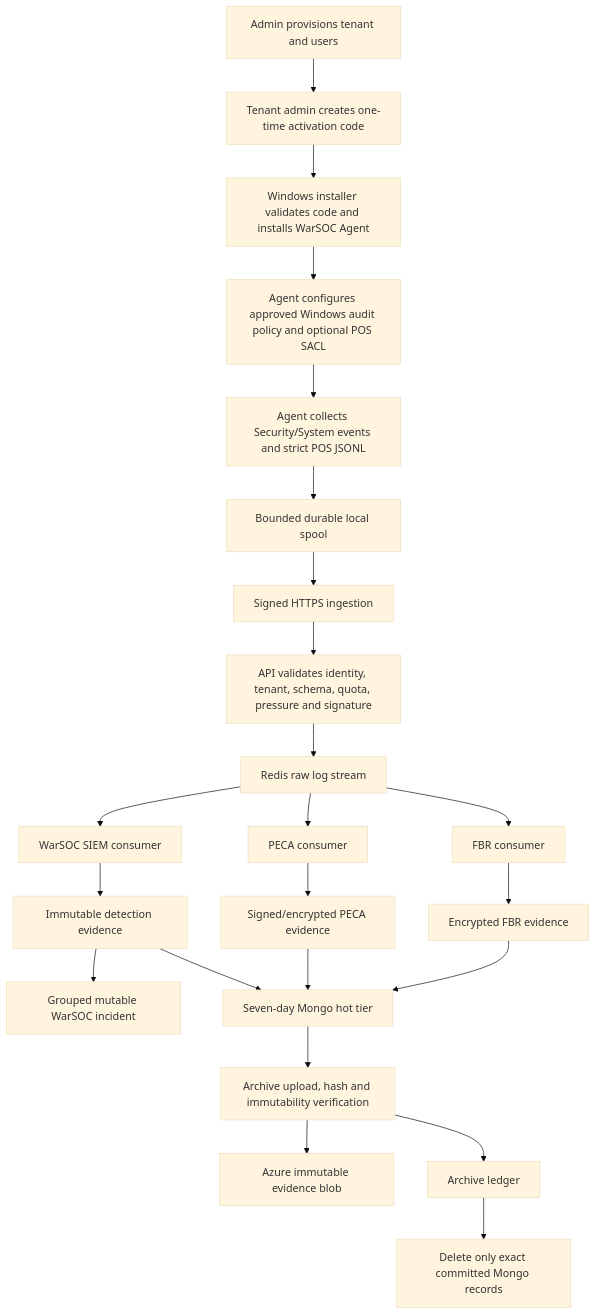
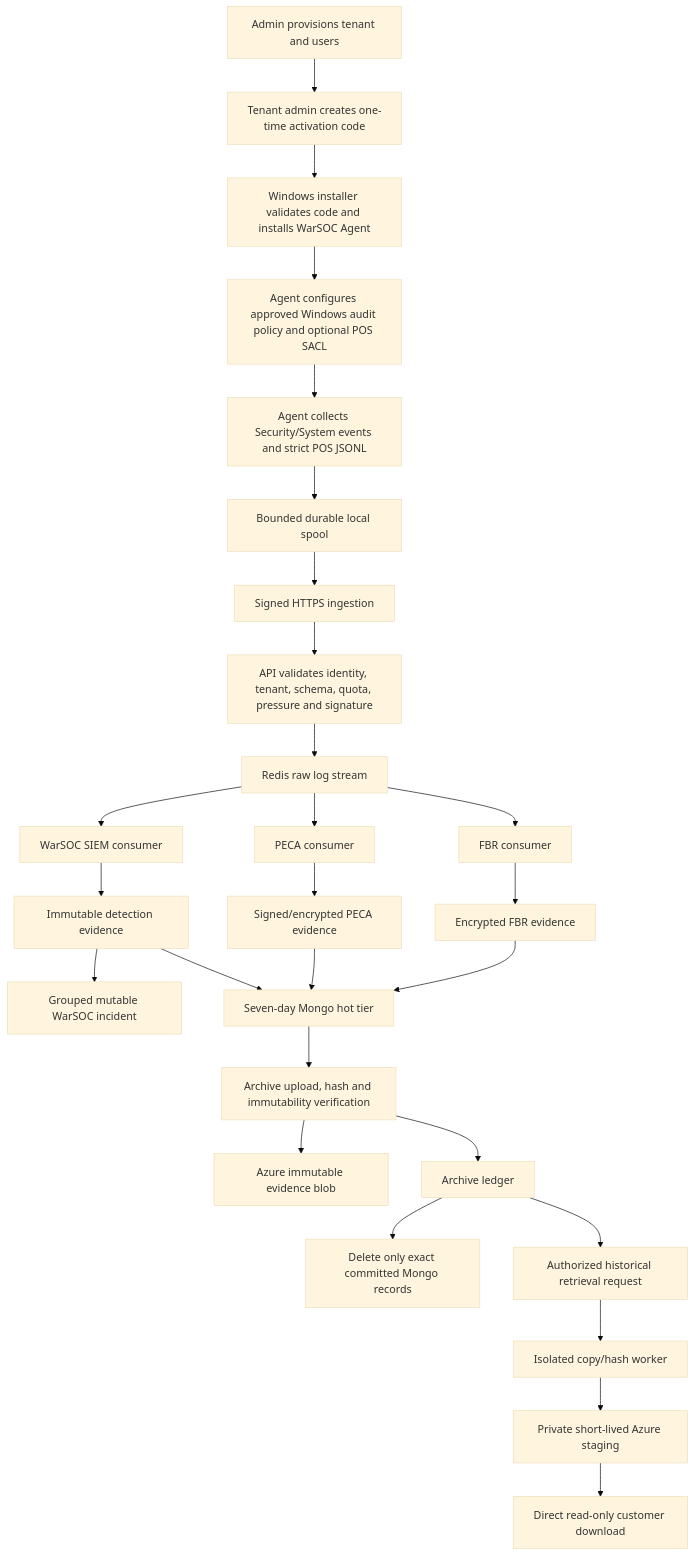
One commit to SHADABMUSHTAQ/Startup changed the first of 3 diagrams in docs/WARSOC_CURRENT_IMPLEMENTATION_AND_FUTURE_SCOPE.md. Above: the diagram before and after it, drawn with Mermaid (base theme). The commit also changed other lines of this file and 8 other files, not shown here.

````diff
--- a/docs/WARSOC_CURRENT_IMPLEMENTATION_AND_FUTURE_SCOPE.md
+++ b/docs/WARSOC_CURRENT_IMPLEMENTATION_AND_FUTURE_SCOPE.md
@@ -90,25 +97,29 @@
 ```mermaid
 flowchart TD
     A["Admin provisions tenant and users"] --> B["Tenant admin creates one-time activation code"]
     B --> C["Windows installer validates code and installs WarSOC Agent"]
     C --> D["Agent configures approved Windows audit policy and optional POS SACL"]
     D --> E["Agent collects Security/System events and strict POS JSONL"]
     E --> F["Bounded durable local spool"]
     F --> G["Signed HTTPS ingestion"]
     G --> H["API validates identity, tenant, schema, quota, pressure and signature"]
     H --> I["Redis raw log stream"]
     I --> J["WarSOC SIEM consumer"]
     I --> K["PECA consumer"]
     I --> L["FBR consumer"]
     J --> M["Immutable detection evidence"]
     M --> N["Grouped mutable WarSOC incident"]
     K --> O["Signed/encrypted PECA evidence"]
     L --> P["Encrypted FBR evidence"]
     M --> Q["Seven-day Mongo hot tier"]
     O --> Q
     P --> Q
     Q --> R["Archive upload, hash and immutability verification"]
     R --> S["Azure immutable evidence blob"]
     R --> T["Archive ledger"]
     T --> U["Delete only exact committed Mongo records"]
+    T --> V["Authorized historical retrieval request"]
+    V --> W["Isolated copy/hash worker"]
+    W --> X["Private short-lived Azure staging"]
+    X --> Y["Direct read-only customer download"]
 ```
````
